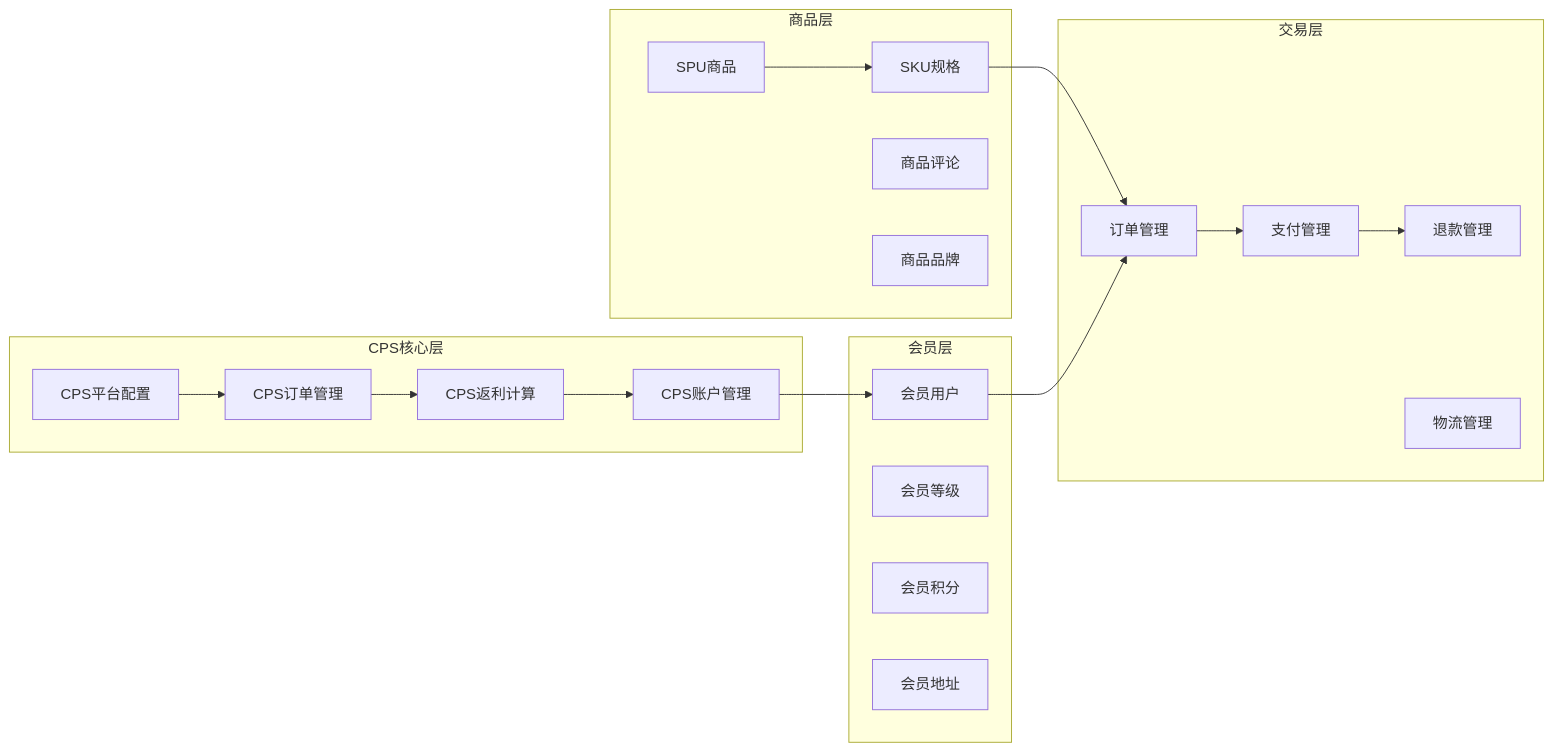
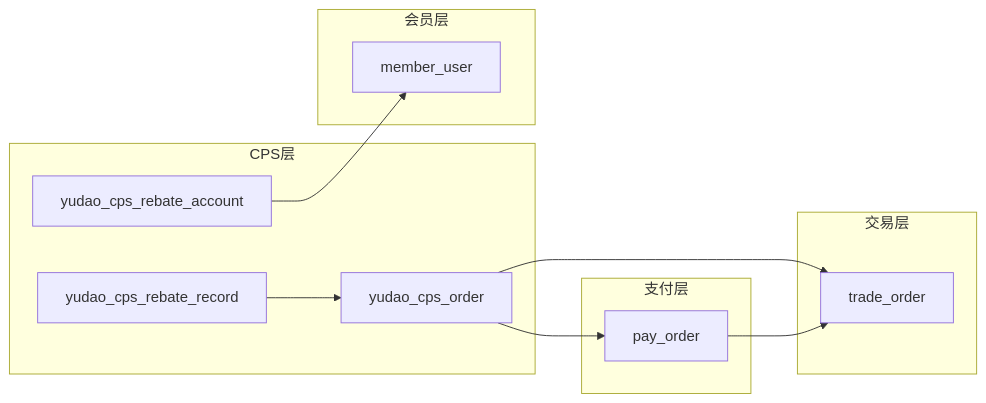
One commit to zhuangpengLI/AgenticCPS changed the fifth of 6 diagrams in .qoder/repowiki/zh/content/数据库设计/核心业务表设计/核心业务表设计.md. Above: the diagram before and after it, drawn with Mermaid. The commit also changed other lines of this file and 293 other files, not shown here.

````diff
--- a/.qoder/repowiki/zh/content/数据库设计/核心业务表设计/核心业务表设计.md
+++ b/.qoder/repowiki/zh/content/数据库设计/核心业务表设计/核心业务表设计.md
@@ -354,36 +328,22 @@
 ```mermaid
 graph LR
-subgraph "CPS核心层"
-A[CPS平台配置]
-B[CPS订单管理]
-C[CPS返利计算]
-D[CPS账户管理]
+subgraph "CPS层"
+CPS_Order[yudao_cps_order]
+CPS_Record[yudao_cps_rebate_record]
+CPS_Account[yudao_cps_rebate_account]
+end
+subgraph "支付层"
+Pay_Order[pay_order]
+end
+subgraph "交易层"
+Trade_Order[trade_order]
 end
 subgraph "会员层"
-E[会员用户]
-F[会员等级]
-G[会员积分]
-H[会员地址]
+Member_User[member_user]
 end
-subgraph "商品层"
-I[SPU商品]
-J[SKU规格]
-K[商品评论]
-L[商品品牌]
-end
-subgraph "交易层"
-M[订单管理]
-N[支付管理]
-O[退款管理]
-P[物流管理]
-end
-A --> B
-B --> C
-C --> D
-D --> E
-I --> J
-J --> M
-E --> M
-M --> N
-N --> O
+CPS_Order --> Pay_Order
+CPS_Order --> Trade_Order
+CPS_Record --> CPS_Order
+CPS_Account --> Member_User
+Pay_Order --> Trade_Order
 ```
````
